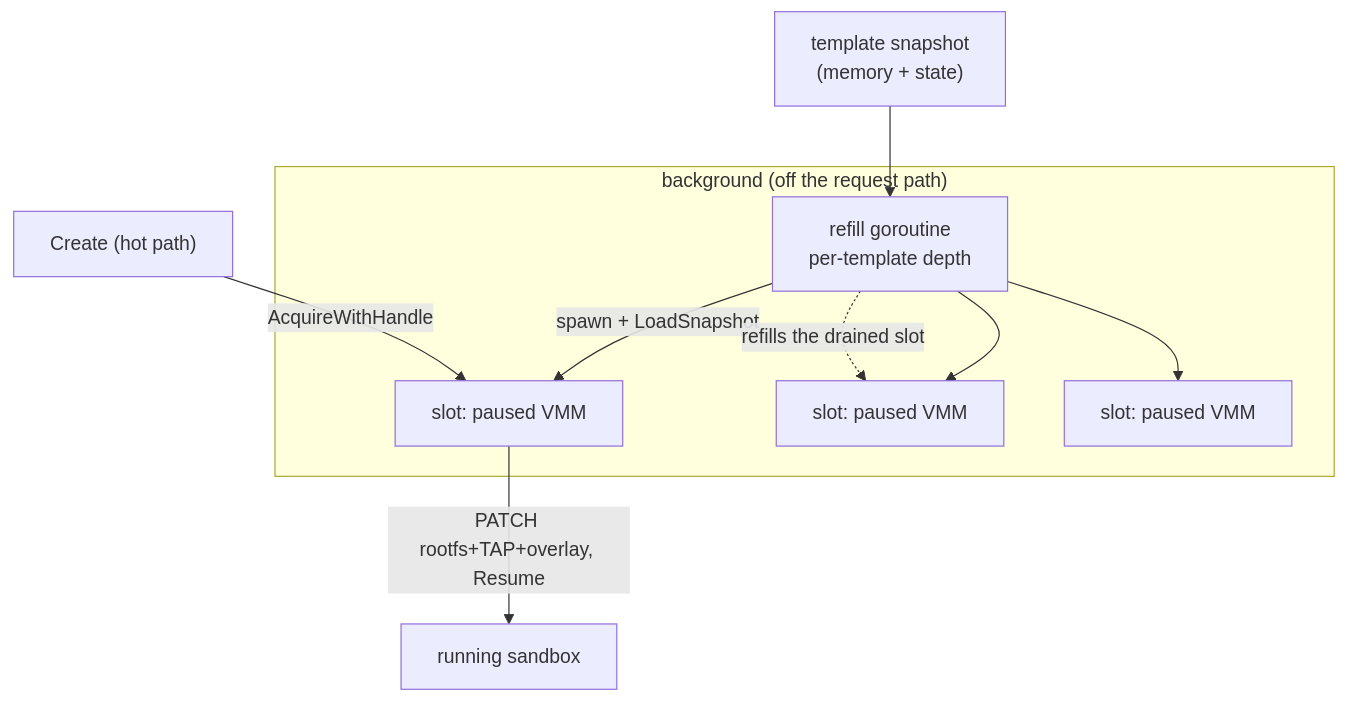
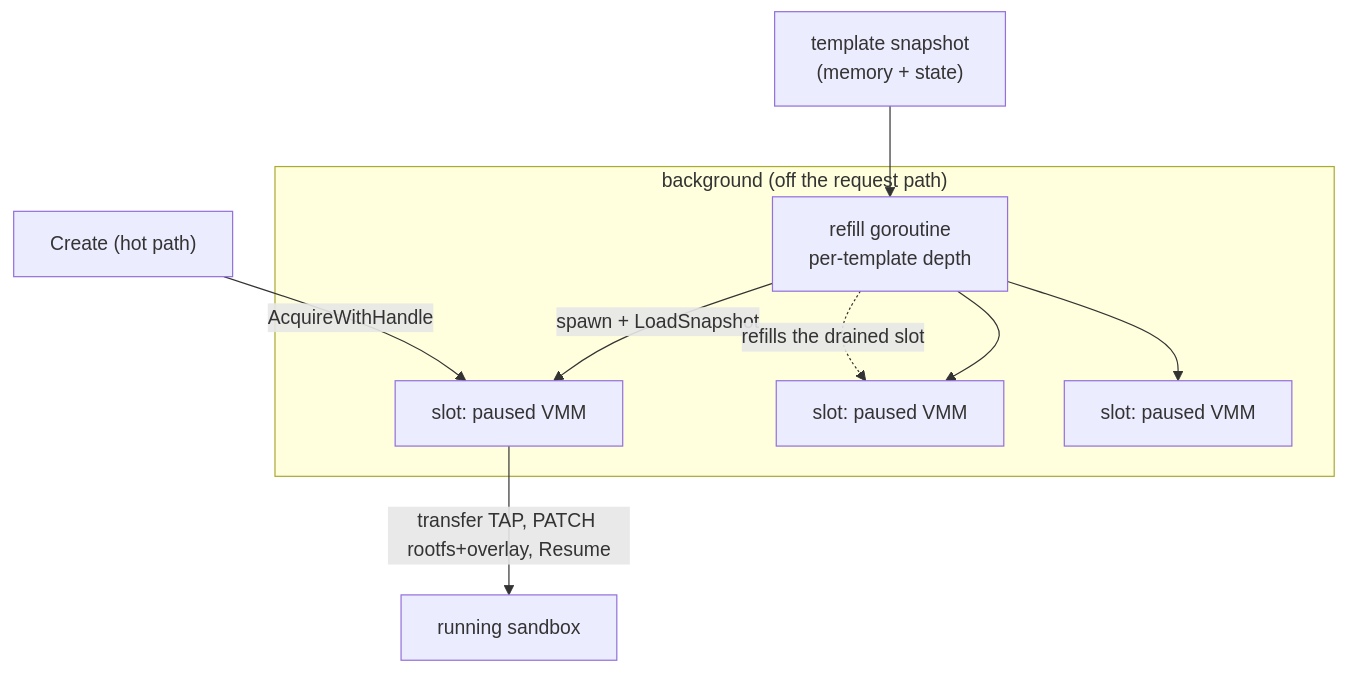
One commit to aerol-ai/microvm changed the second of 6 diagrams in docs/src/content/docs/firecracker-hydration.mdx. Above: the diagram before and after it, drawn with Mermaid. The commit also changed other lines of this file and 85 other files, not shown here.

````diff
--- a/docs/src/content/docs/firecracker-hydration.mdx
+++ b/docs/src/content/docs/firecracker-hydration.mdx
@@ -70,13 +67,13 @@
 ```mermaid
 graph TB
     subgraph bg["background (off the request path)"]
         REFILL["refill goroutine<br/>per-template depth"]
         REFILL -->|spawn + LoadSnapshot| S1["slot: paused VMM"]
         REFILL --> S2["slot: paused VMM"]
         REFILL --> S3["slot: paused VMM"]
     end
     SNAP["template snapshot<br/>(memory + state)"] --> REFILL
     CREATE["Create (hot path)"] -->|AcquireWithHandle| S1
-    S1 -->|PATCH rootfs+TAP+overlay, Resume| RUN["running sandbox"]
+    S1 -->|transfer TAP, PATCH rootfs+overlay, Resume| RUN["running sandbox"]
     REFILL -.refills the drained slot.-> S2
 ```
````
